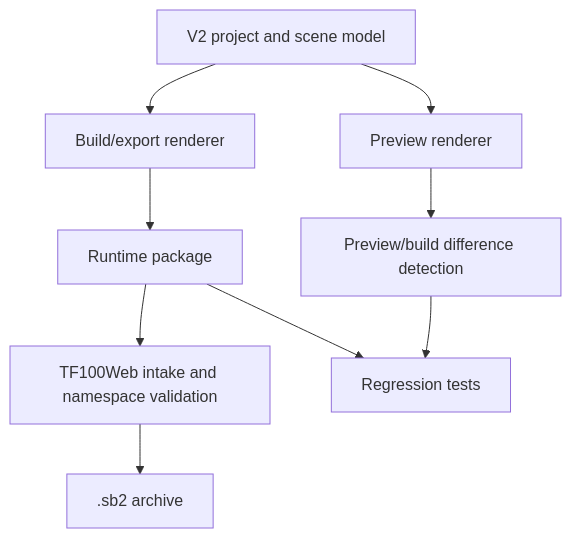
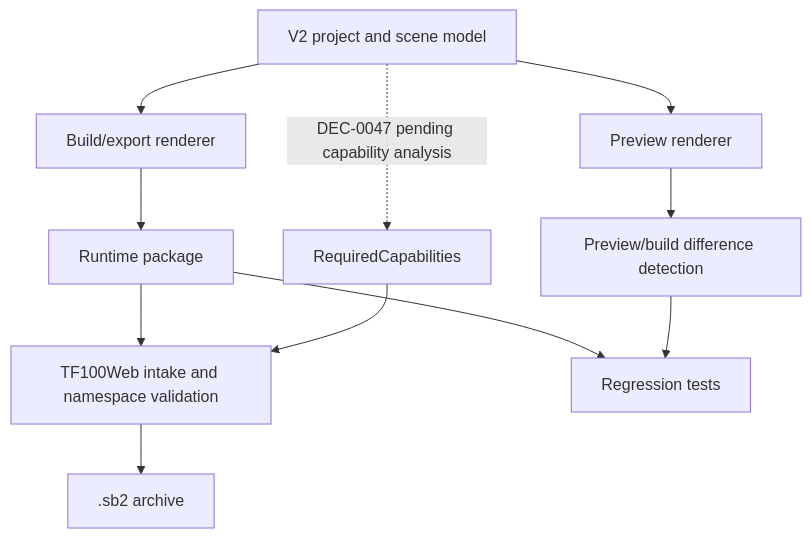
One commit to technologiesflorizon/scadabuilder changed the diagram in docs/03_runtime_contracts/PREVIEW_BUILD_EXPORT_CONTRACT_V2.md. Above: the diagram before and after it, drawn with Mermaid. The commit also changed other lines of this file and 11 other files, not shown here.

````diff
--- a/docs/03_runtime_contracts/PREVIEW_BUILD_EXPORT_CONTRACT_V2.md
+++ b/docs/03_runtime_contracts/PREVIEW_BUILD_EXPORT_CONTRACT_V2.md
@@ -68,11 +71,13 @@
 ```mermaid
 flowchart TD
   Model[V2 project and scene model] --> Preview[Preview renderer]
   Model --> Build[Build/export renderer]
   Preview --> Diff[Preview/build difference detection]
   Build --> Package[Runtime package]
   Package --> Validate[TF100Web intake and namespace validation]
   Validate --> Archive[.sb2 archive]
   Package --> Tests[Regression tests]
   Diff --> Tests
+  Model -. DEC-0047 pending capability analysis .-> Capabilities[RequiredCapabilities]
+  Capabilities --> Validate
 ```
````
